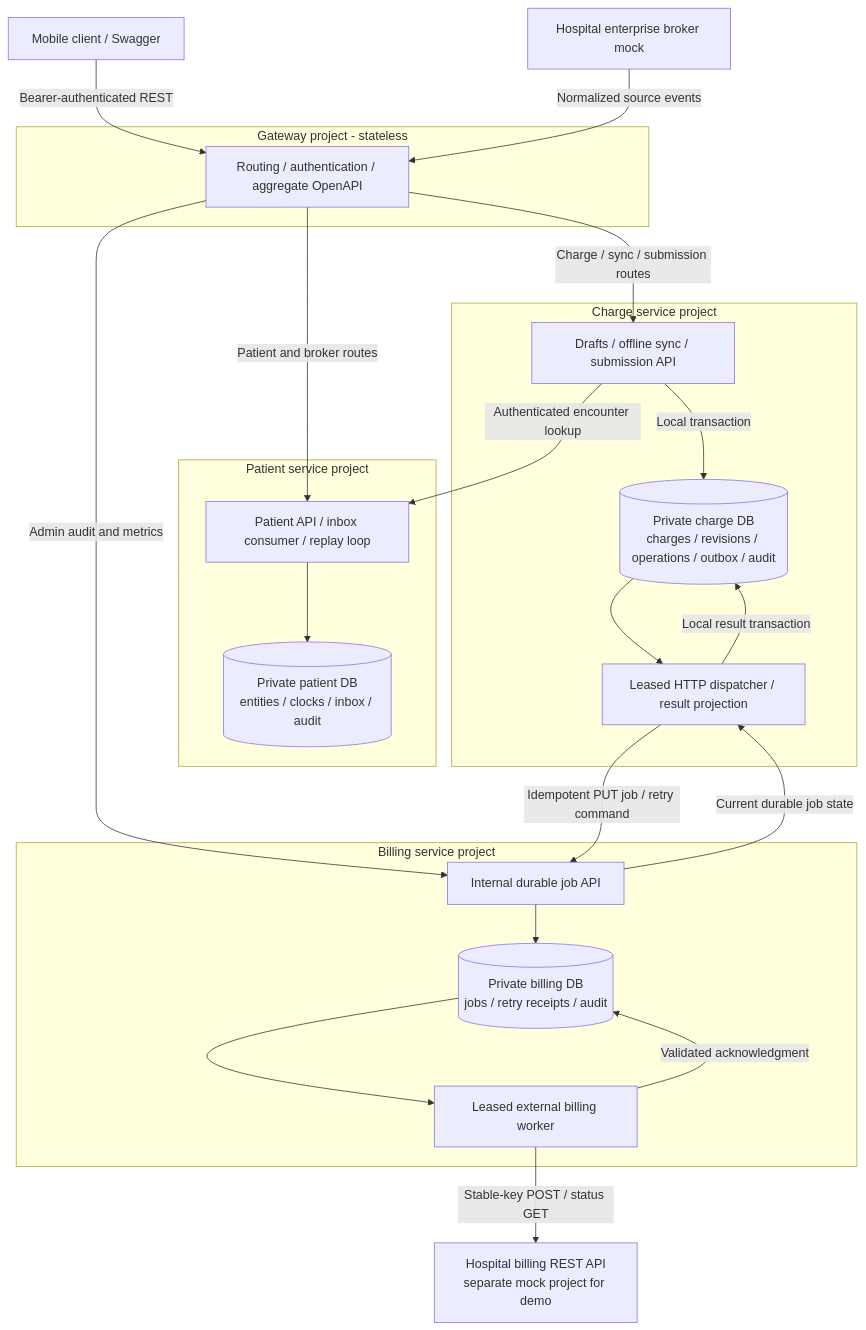
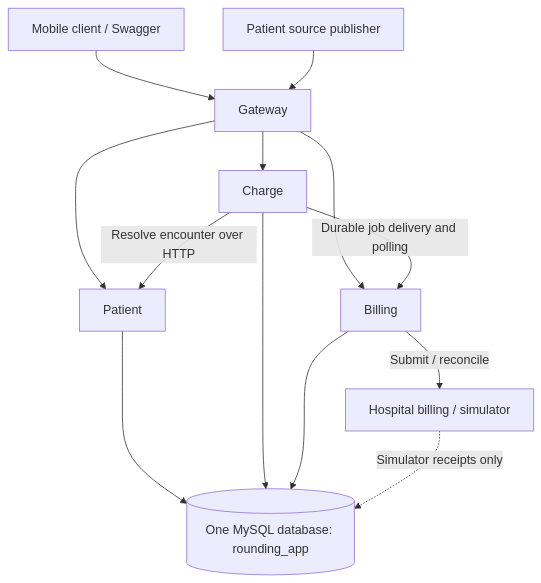
One commit to reachkarun/hospital changed the diagram in docs/ARCHITECTURE.md. Above: the diagram before and after it, drawn with Mermaid. The commit also changed other lines of this file and 58 other files, not shown here.

````diff
--- a/docs/ARCHITECTURE.md
+++ b/docs/ARCHITECTURE.md
@@ -37,36 +29,15 @@
 ```mermaid
 flowchart TB
-    Mobile[Mobile client / Swagger] -->|Bearer-authenticated REST| Gateway
-    Broker[Hospital enterprise broker mock] -->|Normalized source events| Gateway
-    subgraph Edge[Gateway project - stateless]
-      Gateway[Routing / authentication / aggregate OpenAPI]
-    end
-    subgraph Patient[Patient service project]
-      PAPI[Patient API / inbox consumer / replay loop]
-      PDB[(Private patient DB\nentities / clocks / inbox / audit)]
-      PAPI --> PDB
-    end
-    subgraph Charge[Charge service project]
-      CAPI[Drafts / offline sync / submission API]
-      CDB[(Private charge DB\ncharges / revisions / operations / outbox / audit)]
-      Dispatcher[Leased HTTP dispatcher / result projection]
-      CAPI -->|Local transaction| CDB
-      CDB --> Dispatcher
-      Dispatcher -->|Local result transaction| CDB
-    end
-    subgraph Billing[Billing service project]
-      BAPI[Internal durable job API]
-      BDB[(Private billing DB\njobs / retry receipts / audit)]
-      Worker[Leased external billing worker]
-      BAPI --> BDB
-      BDB --> Worker
-      Worker -->|Validated acknowledgment| BDB
-    end
-    Gateway -->|Patient and broker routes| PAPI
-    Gateway -->|Charge / sync / submission routes| CAPI
-    Gateway -->|Admin audit and metrics| BAPI
-    CAPI -->|Authenticated encounter lookup| PAPI
-    Dispatcher -->|Idempotent PUT job / retry command| BAPI
-    BAPI -->|Current durable job state| Dispatcher
-    Worker -->|Stable-key POST / status GET| External[Hospital billing REST API\nseparate mock project for demo]
+  Client[Mobile client / Swagger] --> Gateway
+  Source[Patient source publisher] --> Gateway
+  Gateway --> Patient
+  Gateway --> Charge
+  Gateway --> Billing
+  Charge -->|Resolve encounter over HTTP| Patient
+  Charge -->|Durable job delivery and polling| Billing
+  Billing -->|Submit / reconcile| External[Hospital billing / simulator]
+  Patient --> DB[(One MySQL database: rounding_app)]
+  Charge --> DB
+  Billing --> DB
+  External -. Simulator receipts only .-> DB
 ```
````
